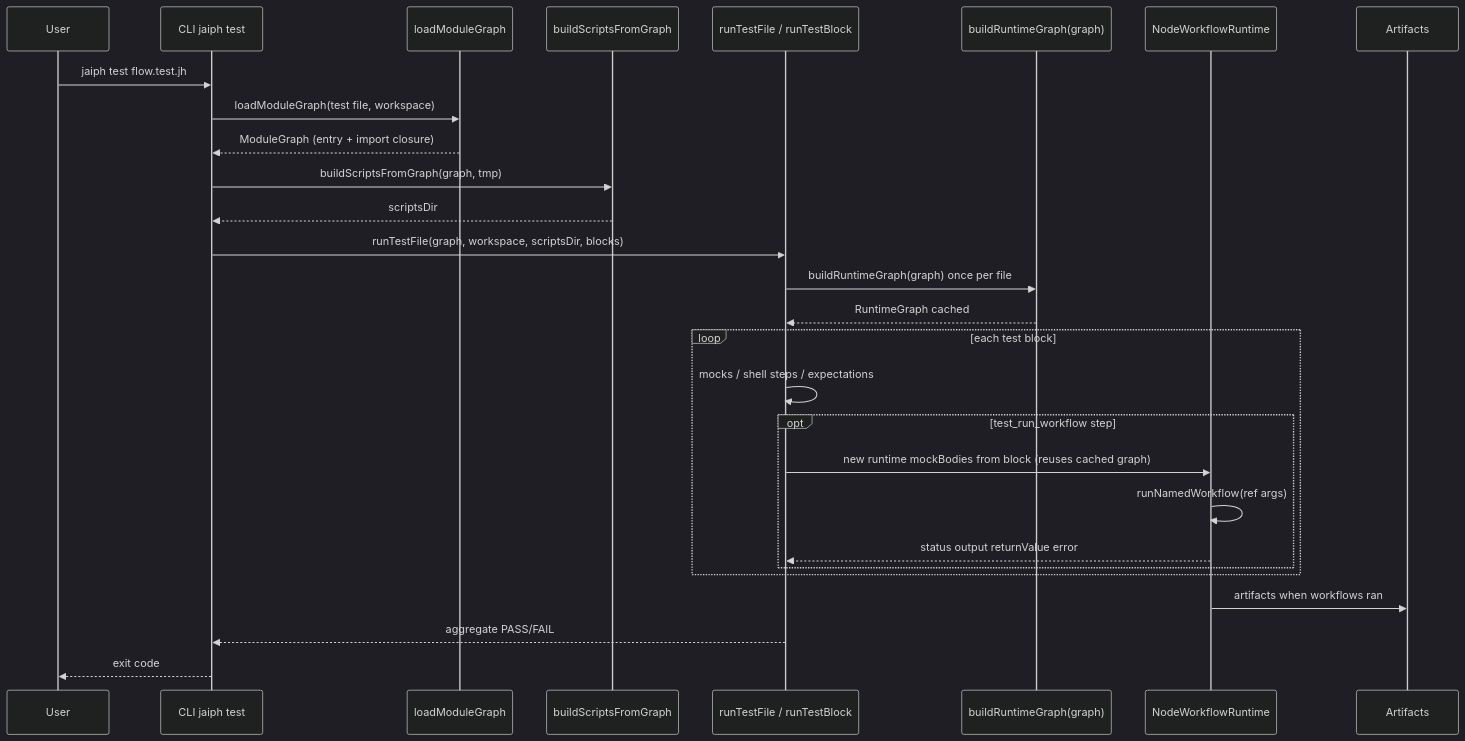
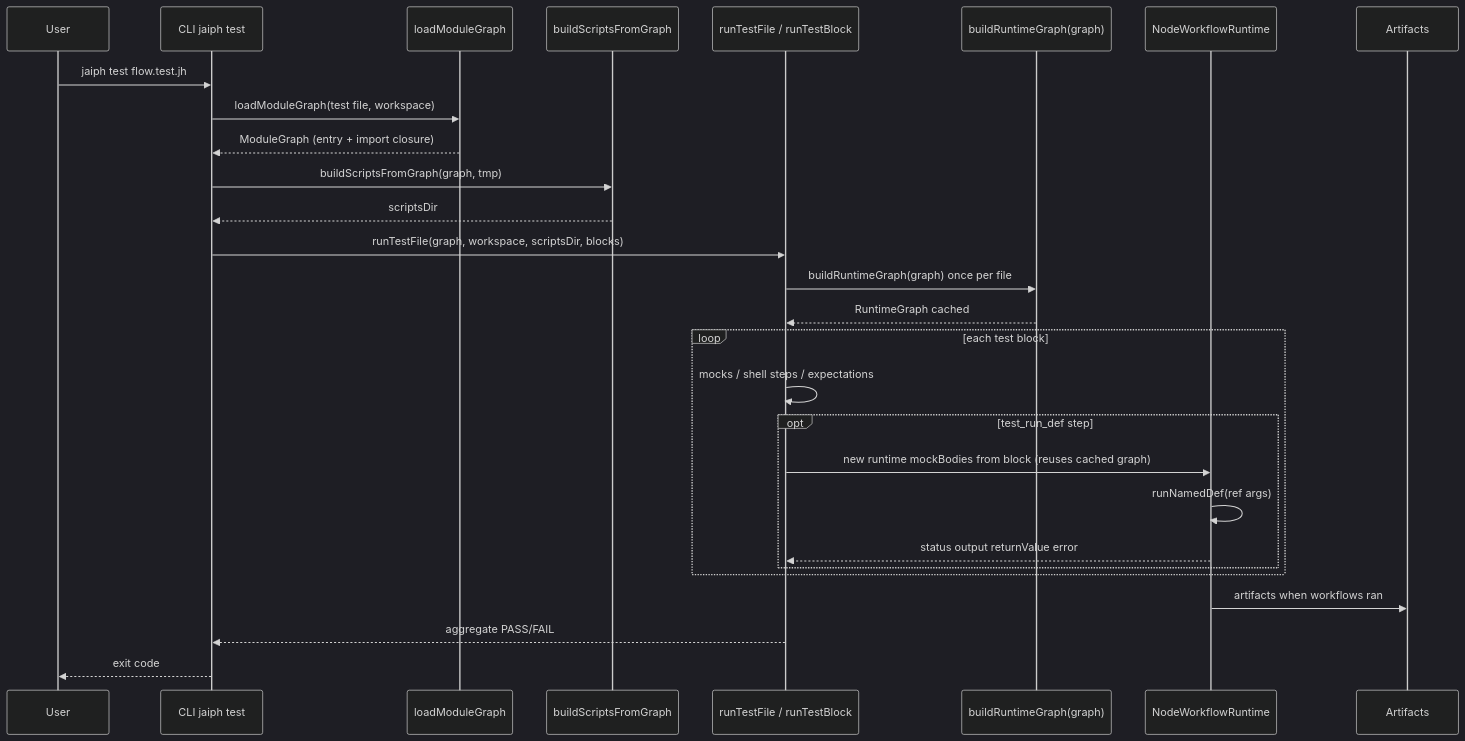
Before and after one commit to jaiphlang/jaiph: the third of 3 diagrams in docs/architecture.md, drawn with Mermaid (dark theme). The commit also changed other lines of this file and 385 other files, not shown here.

First line of the commit message:
Change: replace workflow/rule/ensure with def and private-by-default exports

````diff
--- a/docs/architecture.md
+++ b/docs/architecture.md
@@ -324,31 +324,31 @@
 ```mermaid
 sequenceDiagram
     participant User
     participant CLI as CLI jaiph test
     participant Load as loadModuleGraph
     participant Prep as buildScriptsFromGraph
     participant TestRunner as runTestFile / runTestBlock
     participant Graph as buildRuntimeGraph(graph)
     participant Runtime as NodeWorkflowRuntime
     participant Report as Artifacts
 
     User->>CLI: jaiph test flow.test.jh
     CLI->>Load: loadModuleGraph(test file, workspace)
     Load-->>CLI: ModuleGraph (entry + import closure)
     CLI->>Prep: buildScriptsFromGraph(graph, tmp)
     Prep-->>CLI: scriptsDir
     CLI->>TestRunner: runTestFile(graph, workspace, scriptsDir, blocks)
     TestRunner->>Graph: buildRuntimeGraph(graph) once per file
     Graph-->>TestRunner: RuntimeGraph cached
     loop each test block
         TestRunner->>TestRunner: mocks / shell steps / expectations
-        opt test_run_workflow step
+        opt test_run_def step
             TestRunner->>Runtime: new runtime mockBodies from block (reuses cached graph)
-            Runtime->>Runtime: runNamedWorkflow(ref args)
+            Runtime->>Runtime: runNamedDef(ref args)
             Runtime-->>TestRunner: status output returnValue error
         end
     end
     Runtime->>Report: artifacts when workflows ran
     TestRunner-->>CLI: aggregate PASS/FAIL
     CLI-->>User: exit code
 ```
````
